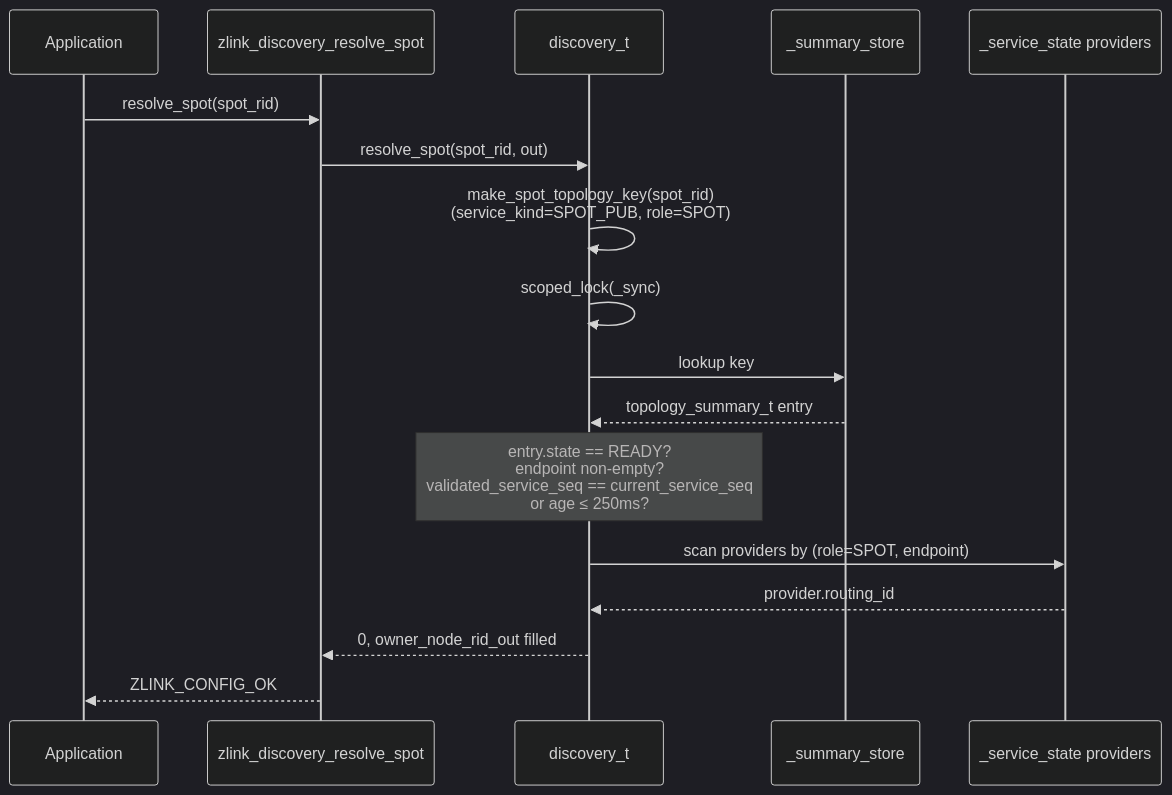
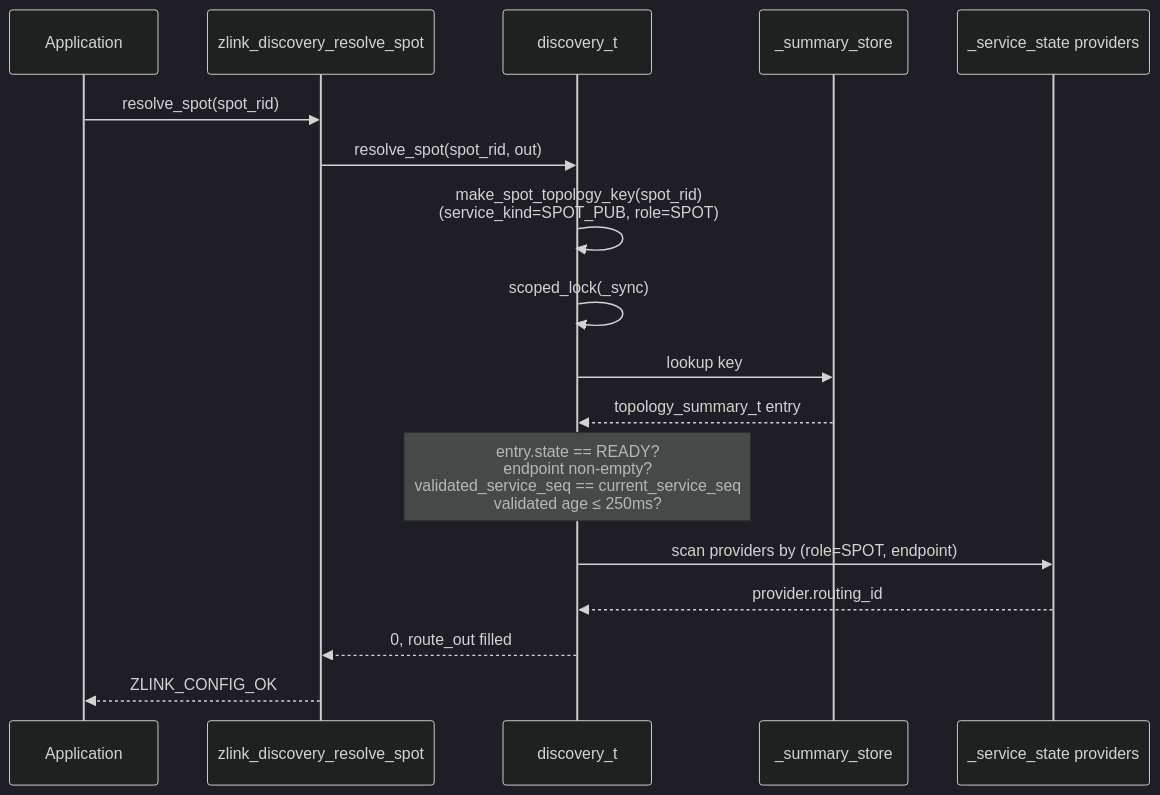
Before and after one commit to kairos-code-dev/zlink: the ninth of 11 diagrams in doc/internals/discovery-internals.md, drawn with Mermaid (dark theme). The commit also changed other lines of this file and 194 other files, not shown here.

````diff
--- a/doc/internals/discovery-internals.md
+++ b/doc/internals/discovery-internals.md
@@ -345,20 +345,20 @@
 ```mermaid
 sequenceDiagram
     participant App as Application
     participant API as zlink_discovery_resolve_spot
     participant Disc as discovery_t
     participant Store as _summary_store
     participant Prov as _service_state providers
 
     App->>API: resolve_spot(spot_rid)
     API->>Disc: resolve_spot(spot_rid, out)
     Disc->>Disc: make_spot_topology_key(spot_rid)<br/>(service_kind=SPOT_PUB, role=SPOT)
     Disc->>Disc: scoped_lock(_sync)
     Disc->>Store: lookup key
     Store-->>Disc: topology_summary_t entry
-    Note over Disc: entry.state == READY?<br/>endpoint non-empty?<br/>validated_service_seq == current_service_seq<br/>or age ≤ 250ms?
+    Note over Disc: entry.state == READY?<br/>endpoint non-empty?<br/>validated_service_seq == current_service_seq<br/>validated age ≤ 250ms?
     Disc->>Prov: scan providers by (role=SPOT, endpoint)
     Prov-->>Disc: provider.routing_id
-    Disc-->>API: 0, owner_node_rid_out filled
+    Disc-->>API: 0, route_out filled
     API-->>App: ZLINK_CONFIG_OK
 ```
````
